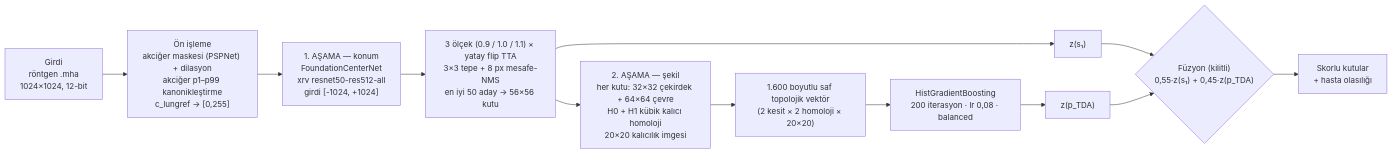
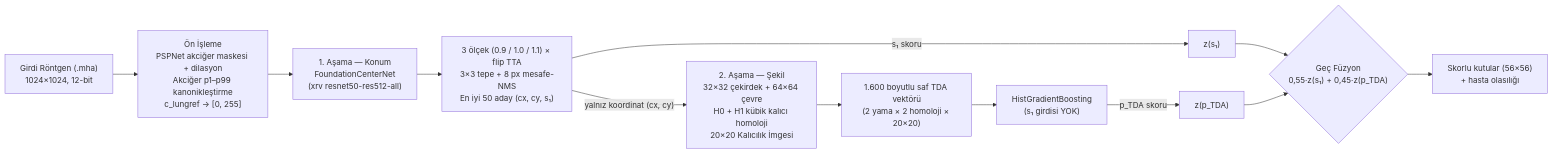
One commit to huseyincan01/TDA_Rontgen_V2 changed the diagram in README.md. Above: the diagram before and after it, drawn with Mermaid. The commit also changed other lines of this file and 19 other files, not shown here.

````diff
--- a/README.md
+++ b/README.md
@@ -22,14 +14,14 @@
 ```mermaid
 flowchart LR
-    A["Girdi<br/>röntgen .mha<br/>1024×1024, 12-bit"] --> B["Ön işleme<br/>akciğer maskesi (PSPNet) + dilasyon<br/>akciğer p1–p99 kanonikleştirme<br/>c_lungref → [0,255]"]
-    B --> C["1. AŞAMA — konum<br/>FoundationCenterNet<br/>xrv resnet50-res512-all<br/>girdi [-1024, +1024]"]
-    C --> D["3 ölçek (0.9 / 1.0 / 1.1) × yatay flip TTA<br/>3×3 tepe + 8 px mesafe-NMS<br/>en iyi 50 aday → 56×56 kutu"]
-    D --> E["2. AŞAMA — şekil<br/>her kutu: 32×32 çekirdek + 64×64 çevre<br/>H0 + H1 kübik kalıcı homoloji<br/>20×20 kalıcılık imgesi"]
-    E --> F["1.600 boyutlu saf topolojik vektör<br/>(2 kesit × 2 homoloji × 20×20)"]
-    F --> G["HistGradientBoosting<br/>200 iterasyon · lr 0,08 · balanced"]
-    D --> H["z(s₁)"]
-    G --> I["z(p_TDA)"]
-    H --> J{"Füzyon (kilitli)<br/>0,55·z(s₁) + 0,45·z(p_TDA)"}
+    A["Girdi Röntgen (.mha)<br/>1024×1024, 12-bit"] --> B["Ön İşleme<br/>PSPNet akciğer maskesi + dilasyon<br/>Akciğer p1–p99 kanonikleştirme<br/>c_lungref → [0, 255]"]
+    B --> C["1. Aşama — Konum<br/>FoundationCenterNet<br/>(xrv resnet50-res512-all)"]
+    C --> D["3 ölçek (0.9 / 1.0 / 1.1) × flip TTA<br/>3×3 tepe + 8 px mesafe-NMS<br/>En iyi 50 aday (cx, cy, s₁)"]
+    D -- "yalnız koordinat (cx, cy)" --> E["2. Aşama — Şekil<br/>32×32 çekirdek + 64×64 çevre<br/>H0 + H1 kübik kalıcı homoloji<br/>20×20 Kalıcılık İmgesi"]
+    E --> F["1.600 boyutlu saf TDA vektörü<br/>(2 yama × 2 homoloji × 20×20)"]
+    F --> G["HistGradientBoosting<br/>(s₁ girdisi YOK)"]
+    D -- "s₁ skoru" --> H["z(s₁)"]
+    G -- "p_TDA skoru" --> I["z(p_TDA)"]
+    H --> J{"Geç Füzyon<br/>0,55·z(s₁) + 0,45·z(p_TDA)"}
     I --> J
-    J --> K["Skorlu kutular<br/>+ hasta olasılığı"]
+    J --> K["Skorlu kutular (56×56)<br/>+ hasta olasılığı"]
 ```
````
